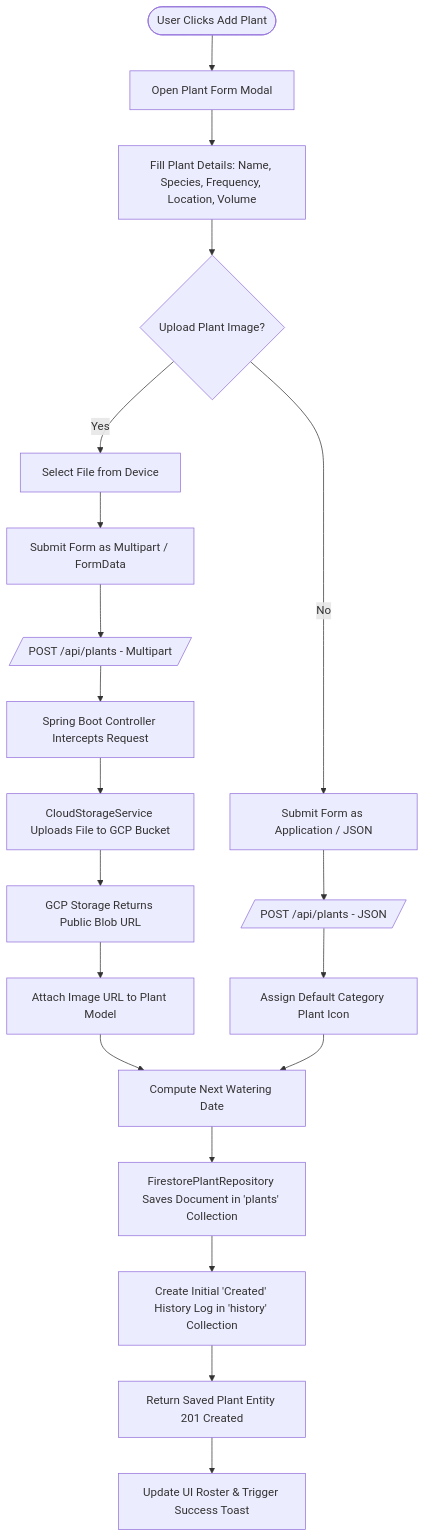
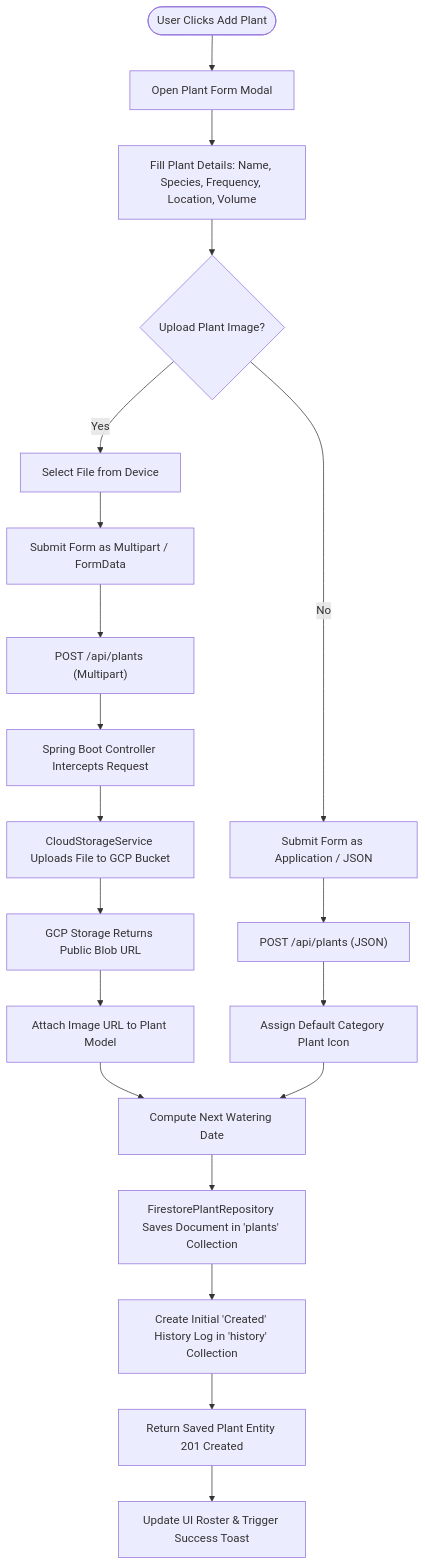
The third of 8 diagrams in README.md (Pranesh003/plant-water-tracker), drawn with Mermaid before and after one commit. The commit also changed other lines of this file, not shown here.

Commit message:
fix(docs): resolve Mermaid diagram syntax quote errors for GitHub renderer

````diff
--- a/README.md
+++ b/README.md
@@ -199,25 +199,25 @@
 ```mermaid
 flowchart TD
-    A([User Clicks Add Plant]) --> B[Open Plant Form Modal]
-    B --> C[Fill Plant Details: Name, Species, Frequency, Location, Volume]
-    C --> D{Upload Plant Image?}
+    A(["User Clicks Add Plant"]) --> B["Open Plant Form Modal"]
+    B --> C["Fill Plant Details: Name, Species, Frequency, Location, Volume"]
+    C --> D{"Upload Plant Image?"}
     
-    D -- Yes --> E[Select File from Device]
-    E --> F[Submit Form as Multipart / FormData]
-    F --> G[/POST /api/plants - Multipart/]
-    G --> H[Spring Boot Controller Intercepts Request]
-    H --> I[CloudStorageService Uploads File to GCP Bucket]
-    I --> J[GCP Storage Returns Public Blob URL]
-    J --> K[Attach Image URL to Plant Model]
+    D -- "Yes" --> E["Select File from Device"]
+    E --> F["Submit Form as Multipart / FormData"]
+    F --> G["POST /api/plants (Multipart)"]
+    G --> H["Spring Boot Controller Intercepts Request"]
+    H --> I["CloudStorageService Uploads File to GCP Bucket"]
+    I --> J["GCP Storage Returns Public Blob URL"]
+    J --> K["Attach Image URL to Plant Model"]
     
-    D -- No --> L[Submit Form as Application / JSON]
-    L --> M[/POST /api/plants - JSON/]
-    M --> N[Assign Default Category Plant Icon]
+    D -- "No" --> L["Submit Form as Application / JSON"]
+    L --> M["POST /api/plants (JSON)"]
+    M --> N["Assign Default Category Plant Icon"]
     
-    K --> O[Compute Next Watering Date]
+    K --> O["Compute Next Watering Date"]
     N --> O
-    O --> P[FirestorePlantRepository Saves Document in 'plants' Collection]
-    P --> Q[Create Initial 'Created' History Log in 'history' Collection]
-    Q --> R[Return Saved Plant Entity 201 Created]
-    R --> S[Update UI Roster & Trigger Success Toast]
+    O --> P["FirestorePlantRepository Saves Document in 'plants' Collection"]
+    P --> Q["Create Initial 'Created' History Log in 'history' Collection"]
+    Q --> R["Return Saved Plant Entity 201 Created"]
+    R --> S["Update UI Roster & Trigger Success Toast"]
 ```
````
